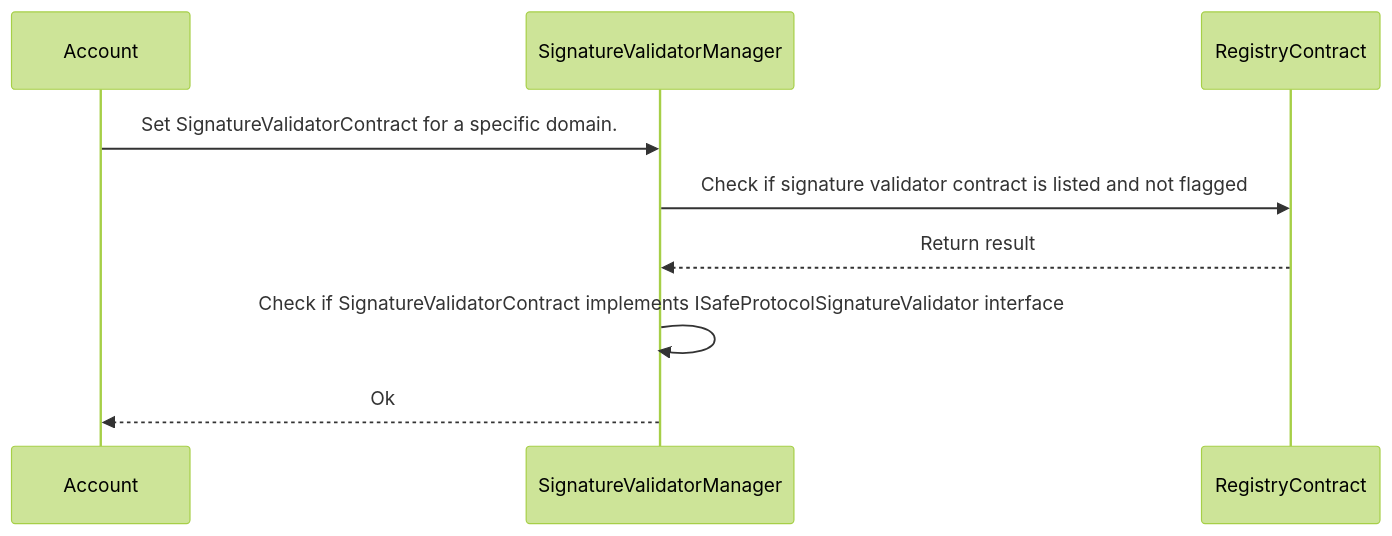
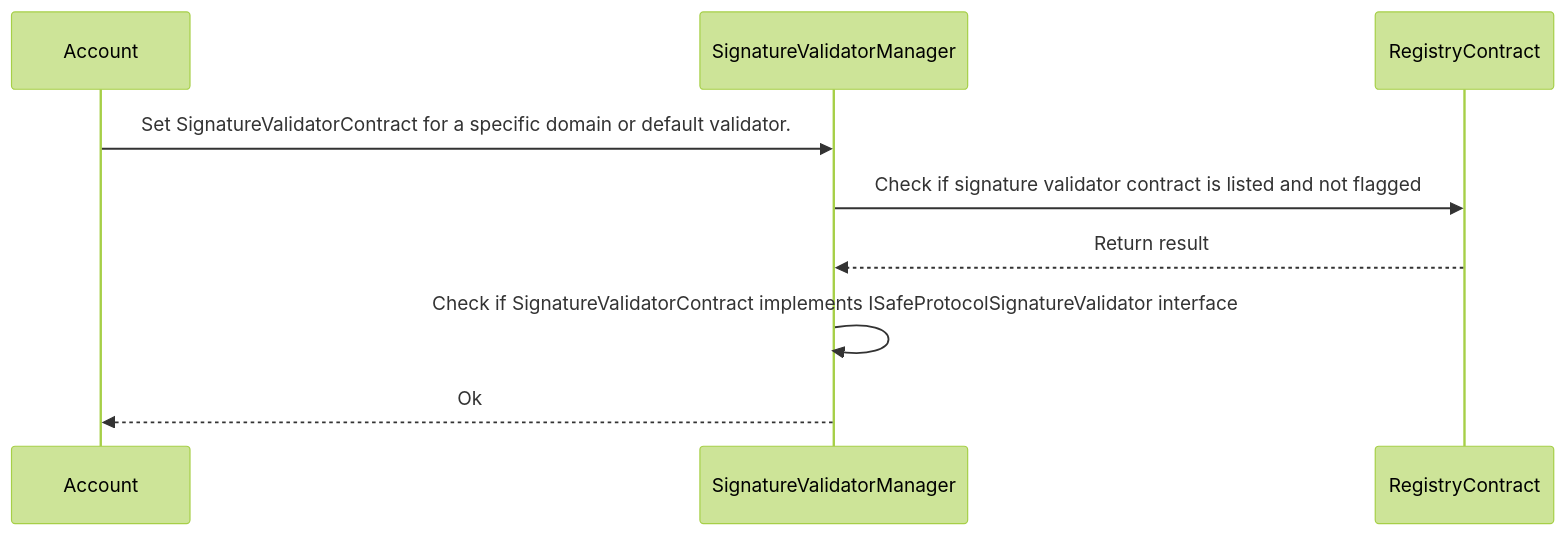
The first of 3 diagrams in modules/README.md (5afe/safe-core-protocol-specs), drawn with Mermaid (forest theme) before and after one commit. The commit also changed other lines of this file, not shown here.

````diff
--- a/modules/README.md
+++ b/modules/README.md
@@ -125,12 +125,12 @@
 ```mermaid
 sequenceDiagram
 	participant Account
 	participant SignatureValidatorManager
 	participant RegistryContract
 
-	Account->>SignatureValidatorManager: Set SignatureValidatorContract for a specific domain.
+	Account->>SignatureValidatorManager: Set SignatureValidatorContract for a specific domain or default validator.
 		SignatureValidatorManager->>RegistryContract: Check if signature validator contract is listed and not flagged
 		RegistryContract-->>SignatureValidatorManager: Return result
     SignatureValidatorManager->>SignatureValidatorManager: Check if SignatureValidatorContract implements ISafeProtocolSignatureValidator interface
     SignatureValidatorManager-->>Account: Ok
 ```
````
